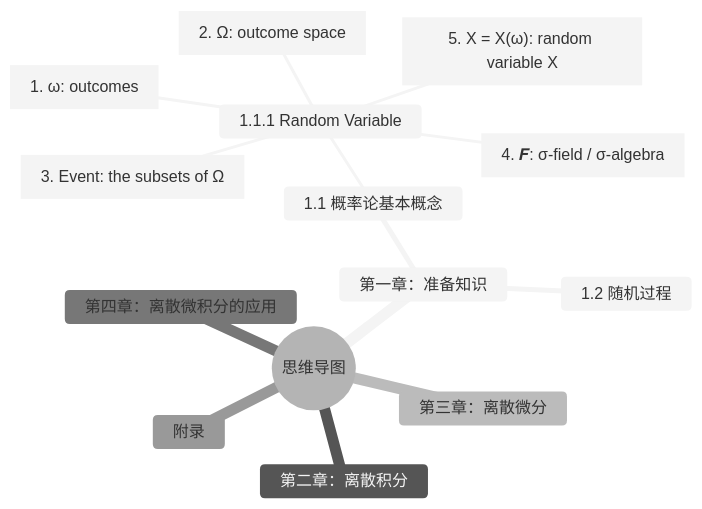
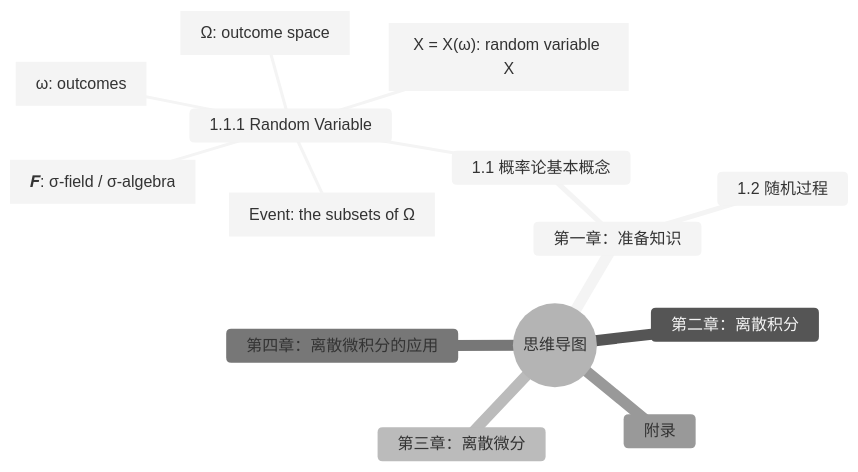
The diagram in math/230715-stochastic-calculus.md (damonYuan/gitbook), drawn with Mermaid (neutral theme) before and after one commit.

````diff
--- a/math/230715-stochastic-calculus.md
+++ b/math/230715-stochastic-calculus.md
@@ -11,18 +11,18 @@
 ```mermaid
 mindmap
   root((思维导图))
     第一章：准备知识 
       1.1 概率论基本概念
         1.1.1 Random Variable
-            id1111["`1. ω: outcomes`"]
-            id1112["`2. Ω: outcome space`"]
-            id1113["`3. Event: the subsets of Ω`"]
-            id1114["`4. 𝑭: σ-field / σ-algebra`"]
-            id1115["`5. X = X(ω): random variable X`"]
+            id1111["`ω: outcomes`"]
+            id1112["`Ω: outcome space`"]
+            id1113["`Event: the subsets of Ω`"]
+            id1114["`𝑭: σ-field / σ-algebra`"]
+            id1115["`X = X(ω): random variable X`"]
       1.2 随机过程
     第二章：离散积分
     第三章：离散微分
     第四章：离散微积分的应用
     附录
  
 ```
````
